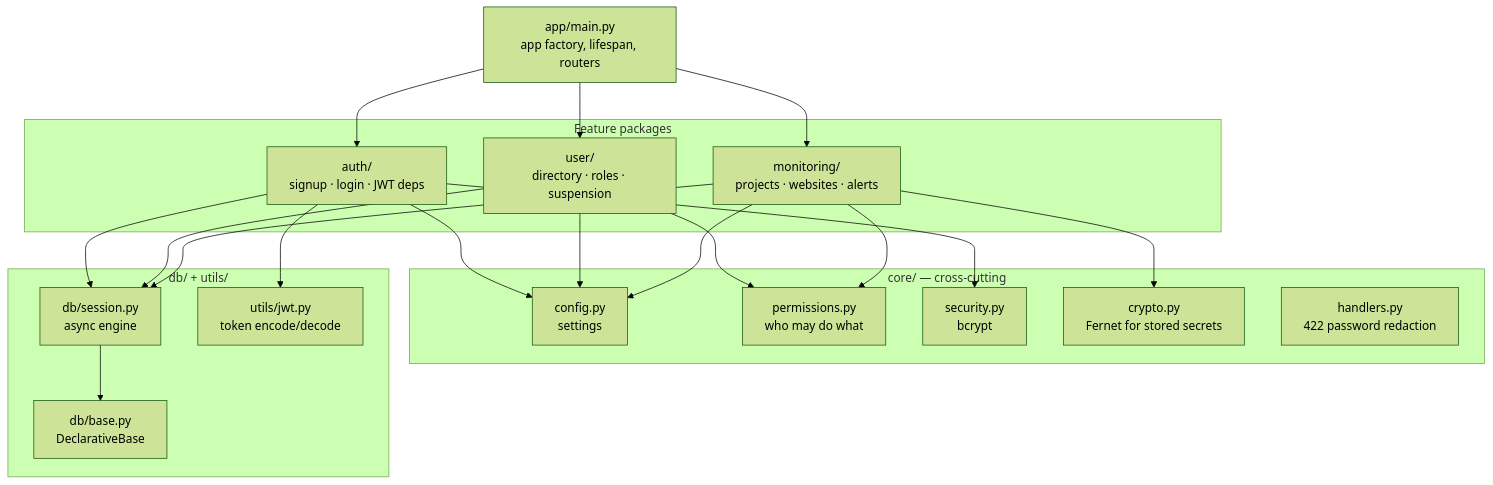
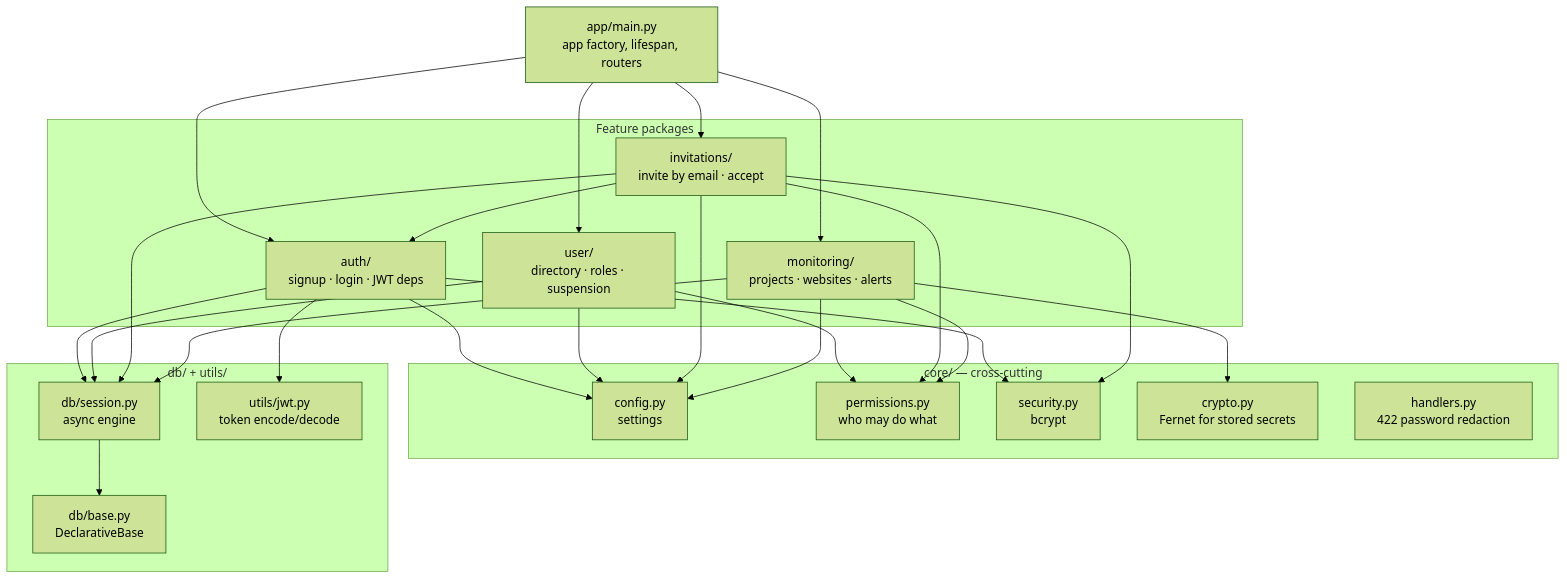
One commit to TahjibNil75/watchly changed the second of 6 diagrams in doc/hld.md. Above: the diagram before and after it, drawn with Mermaid (forest theme). The commit also changed other lines of this file and 26 other files, not shown here.

````diff
--- a/doc/hld.md
+++ b/doc/hld.md
@@ -88,31 +88,33 @@
 ```mermaid
 flowchart TD
     MAIN["app/main.py<br/>app factory, lifespan, routers"]
 
     subgraph feat["Feature packages"]
         AUTH["auth/<br/>signup · login · JWT deps"]
         USER["user/<br/>directory · roles · suspension"]
+        INV["invitations/<br/>invite by email · accept"]
         MON["monitoring/<br/>projects · websites · alerts"]
     end
 
     subgraph core["core/ — cross-cutting"]
         CFG["config.py<br/>settings"]
         PERM["permissions.py<br/>who may do what"]
         SEC["security.py<br/>bcrypt"]
         CRY["crypto.py<br/>Fernet for stored secrets"]
         HND["handlers.py<br/>422 password redaction"]
     end
 
     subgraph infra["db/ + utils/"]
         SESS["db/session.py<br/>async engine"]
         BASE["db/base.py<br/>DeclarativeBase"]
         JWT["utils/jwt.py<br/>token encode/decode"]
     end
 
-    MAIN --> AUTH & USER & MON
+    MAIN --> AUTH & USER & INV & MON
     AUTH --> JWT & SEC
     USER --> PERM
+    INV --> AUTH & PERM & SEC
     MON --> PERM & CRY
-    AUTH & USER & MON --> SESS & CFG
+    AUTH & USER & INV & MON --> SESS & CFG
     SESS --> BASE
 ```
````
